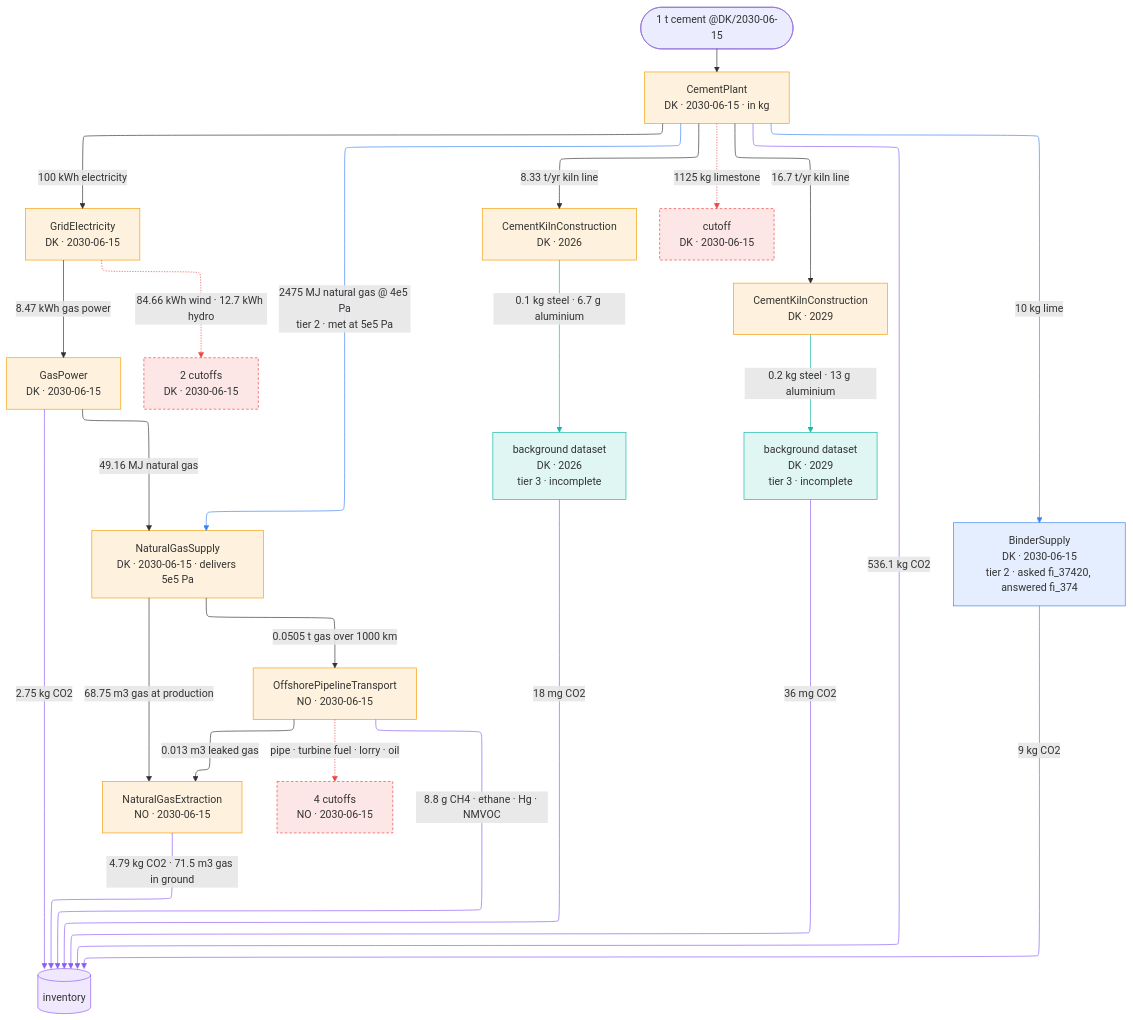
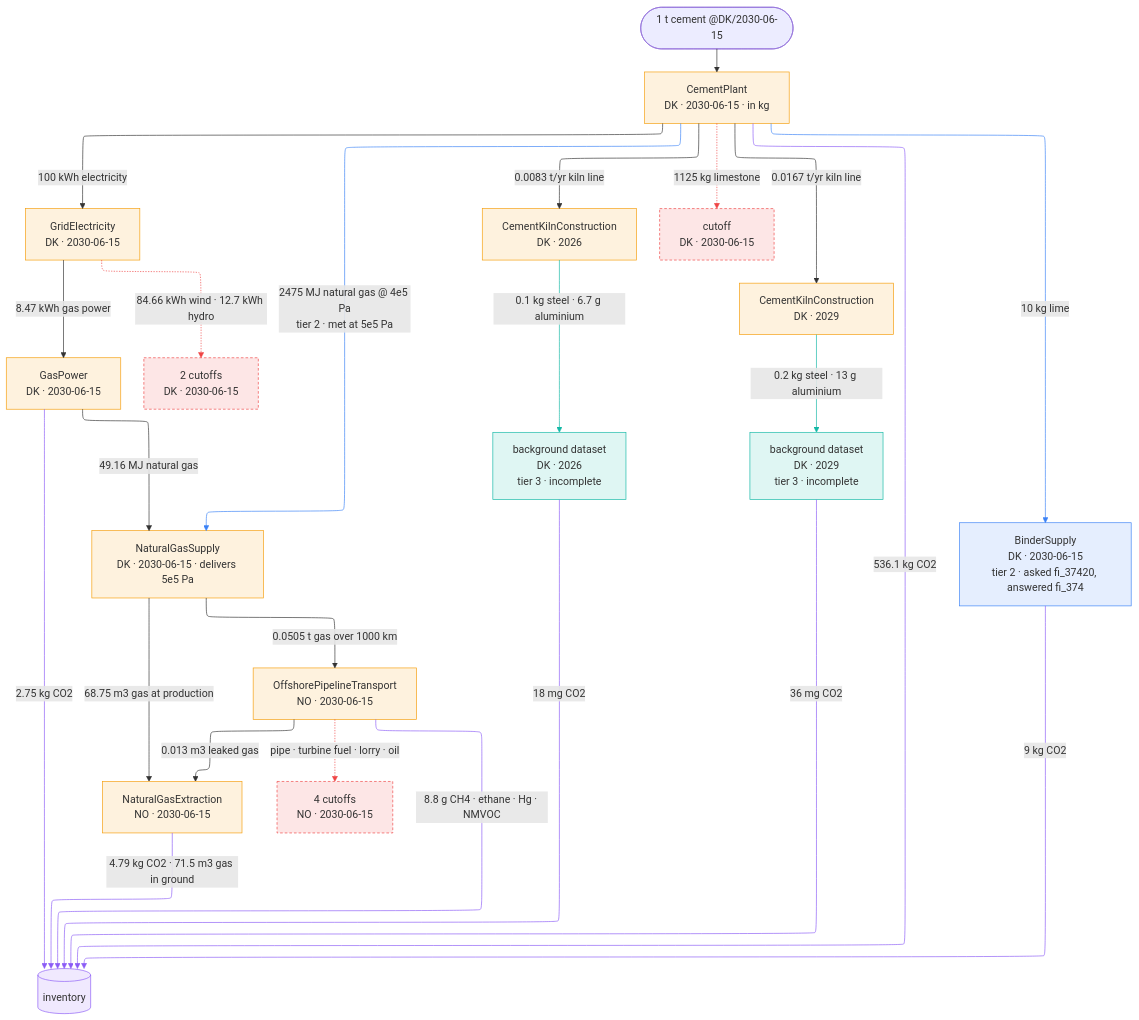
The second of 2 diagrams in docs/pitch-5min.md (TimoDiepers/trailrunner), drawn with Mermaid before and after one commit. The commit also changed other lines of this file and 17 other files, not shown here.

````diff
--- a/docs/pitch-5min.md
+++ b/docs/pitch-5min.md
@@ -200,48 +200,48 @@
 ```mermaid
 %%{init: {'layout': 'elk'}}%%
 flowchart TB
     D(["1 t cement @DK/2030-06-15"]) --> CP["CementPlant<br/>DK · 2030-06-15 · in kg"]
 
     CP -->|"2475 MJ natural gas @ 4e5 Pa<br/>tier 2 · met at 5e5 Pa"| NGS["NaturalGasSupply<br/>DK · 2030-06-15 · delivers 5e5 Pa"]
     CP -->|"100 kWh electricity"| GE["GridElectricity<br/>DK · 2030-06-15"]
     CP -->|"10 kg lime"| BS["BinderSupply<br/>DK · 2030-06-15<br/>tier 2 · asked fi_37420, answered fi_374"]
-    CP -->|"8.33 t/yr kiln line"| K26["CementKilnConstruction<br/>DK · 2026"]
-    CP -->|"16.7 t/yr kiln line"| K29["CementKilnConstruction<br/>DK · 2029"]
+    CP -->|"0.0083 t/yr kiln line"| K26["CementKilnConstruction<br/>DK · 2026"]
+    CP -->|"0.0167 t/yr kiln line"| K29["CementKilnConstruction<br/>DK · 2029"]
     CP -.->|"1125 kg limestone"| XG["cutoff<br/>DK · 2030-06-15"]
 
     NGS -->|"68.75 m3 gas at production"| NGE["NaturalGasExtraction<br/>NO · 2030-06-15"]
     NGS -->|"0.0505 t gas over 1000 km"| PT["OffshorePipelineTransport<br/>NO · 2030-06-15"]
     PT -->|"0.013 m3 leaked gas"| NGE
     PT -.->|"pipe · turbine fuel · lorry · oil"| XP["4 cutoffs<br/>NO · 2030-06-15"]
 
     GE -->|"8.47 kWh gas power"| GP["GasPower<br/>DK · 2030-06-15"]
     GE -.->|"84.66 kWh wind · 12.7 kWh hydro"| XE["2 cutoffs<br/>DK · 2030-06-15"]
     GP -->|"49.16 MJ natural gas"| NGS
 
     K26 -->|"0.1 kg steel · 6.7 g aluminium"| B26["background dataset<br/>DK · 2026<br/>tier 3 · incomplete"]
     K29 -->|"0.2 kg steel · 13 g aluminium"| B29["background dataset<br/>DK · 2029<br/>tier 3 · incomplete"]
 
     CP -->|"536.1 kg CO2"| INV[("inventory")]
     BS -->|"9 kg CO2"| INV
     GP -->|"2.75 kg CO2"| INV
     NGE -->|"4.79 kg CO2 · 71.5 m3 gas in ground"| INV
     PT -->|"8.8 g CH4 · ethane · Hg · NMVOC"| INV
     B26 -->|"18 mg CO2"| INV
     B29 -->|"36 mg CO2"| INV
 
     classDef t1 fill:#f59e0b22,stroke:#f59e0b
     classDef t2 fill:#3b82f622,stroke:#3b82f6
     classDef t3 fill:#14b8a622,stroke:#14b8a6
     classDef gap fill:#ef444422,stroke:#ef4444,stroke-dasharray:4 3
     classDef record fill:#8b5cf622,stroke:#8b5cf6
     class CP,NGS,NGE,PT,GE,GP,K26,K29 t1
     class BS t2
     class B26,B29 t3
     class XG,XP,XE gap
     class INV record
 
     linkStyle 1,3 stroke:#3b82f6
     linkStyle 14,15 stroke:#14b8a6
     linkStyle 6,10,12 stroke:#ef4444
     linkStyle 16,17,18,19,20,21,22 stroke:#8b5cf6
 ```
````
